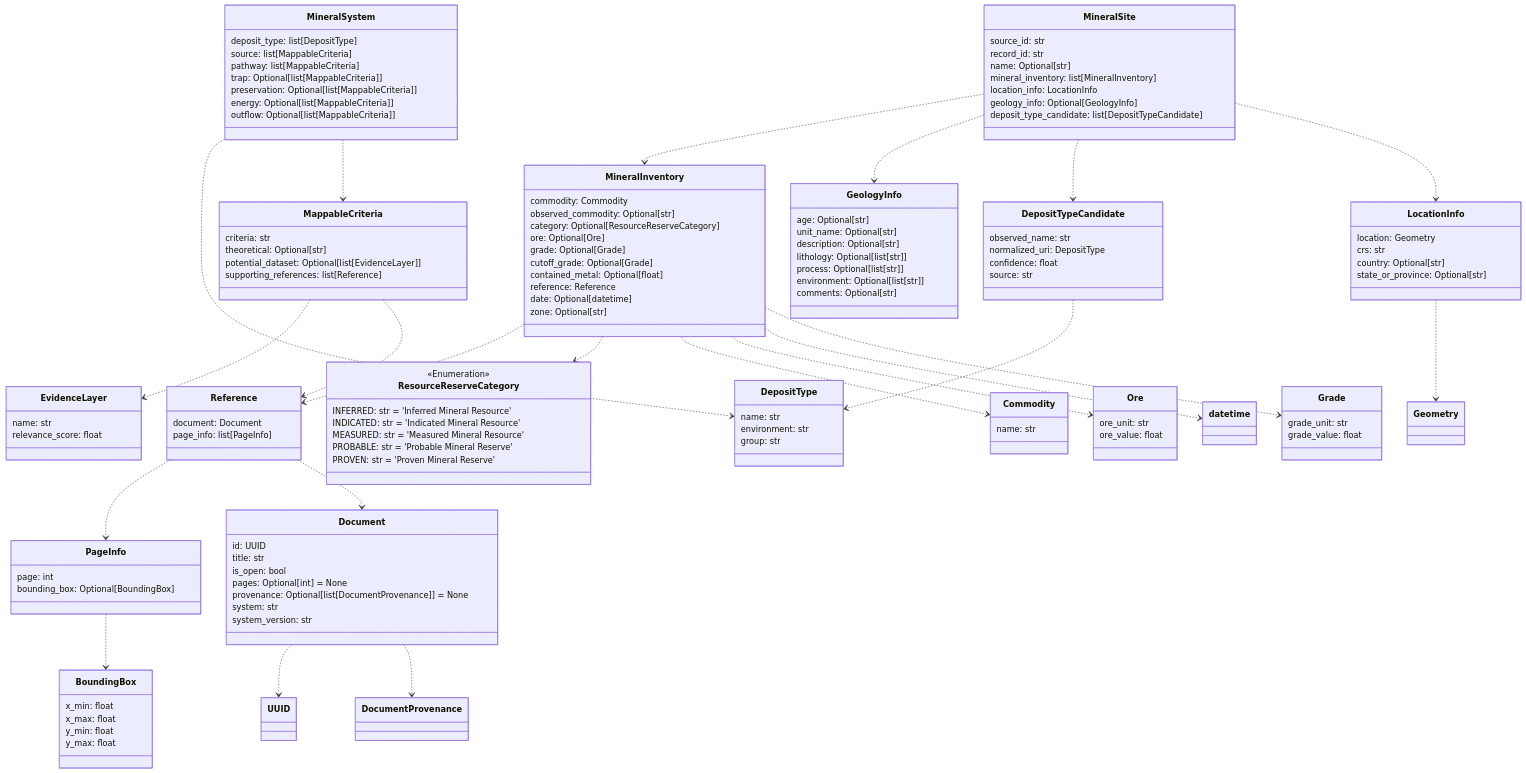
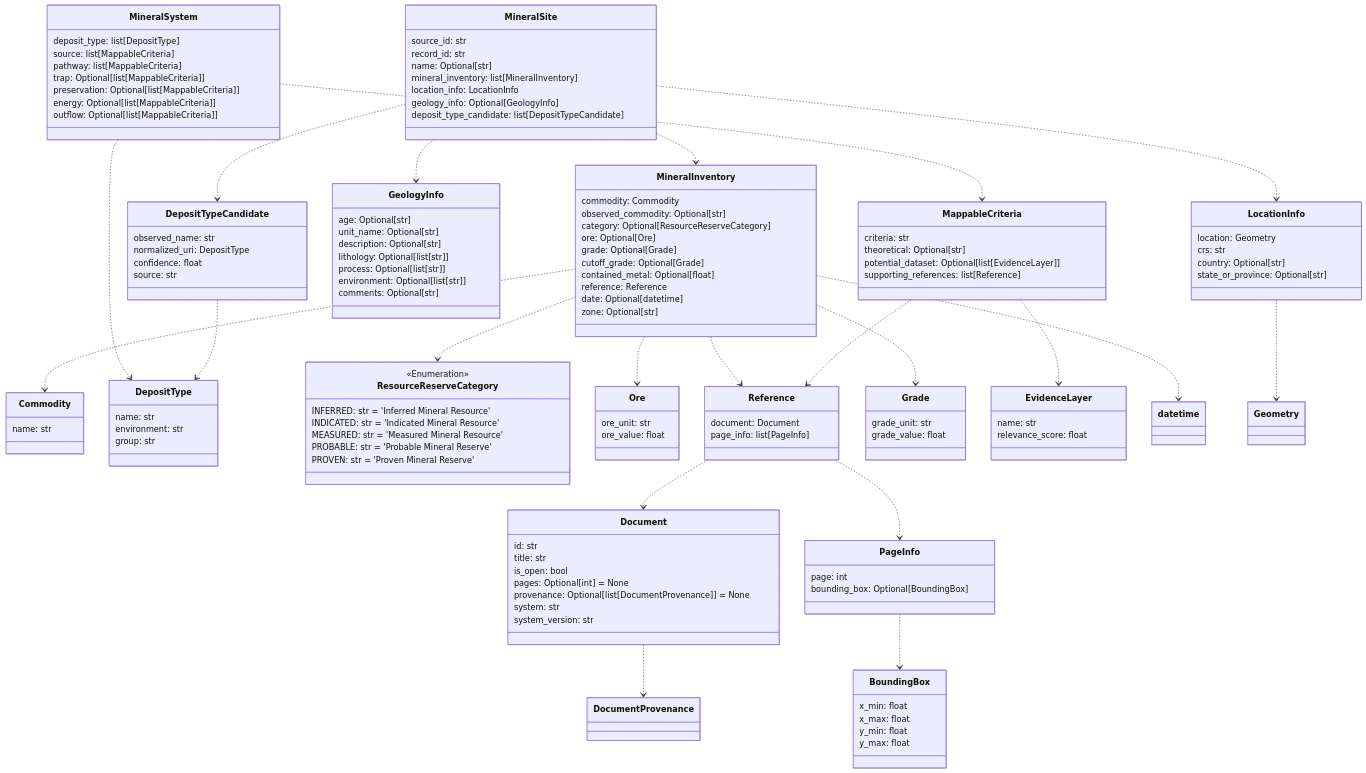
One commit to DARPA-CRITICALMAAS/cdr_schemas changed the ninth of 11 diagrams in README.md. Above: the diagram before and after it, drawn with Mermaid. The commit also changed other lines of this file and 3 other files, not shown here.

````diff
--- a/README.md
+++ b/README.md
@@ -611,26 +608,14 @@
 ```mermaid
 classDiagram
 
-    class MineralSystem {
-        deposit_type: list[DepositType]
-        source: list[MappableCriteria]
-        pathway: list[MappableCriteria]
-        trap: Optional[list[MappableCriteria]]
-        preservation: Optional[list[MappableCriteria]]
-        energy: Optional[list[MappableCriteria]]
-        outflow: Optional[list[MappableCriteria]]
-    }
-
-    class Ore {
-        ore_unit: str
-        ore_value: float
-    }
-
-    class MappableCriteria {
-        criteria: str
-        theoretical: Optional[str]
-        potential_dataset: Optional[list[EvidenceLayer]]
-        supporting_references: list[Reference]
+    class MineralSite {
+        source_id: str
+        record_id: str
+        name: Optional[str]
+        mineral_inventory: list[MineralInventory]
+        location_info: LocationInfo
+        geology_info: Optional[GeologyInfo]
+        deposit_type_candidate: list[DepositTypeCandidate]
     }
 
     class LocationInfo {
@@ -640,28 +625,8 @@
         state_or_province: Optional[str]
     }
 
-    class EvidenceLayer {
-        name: str
-        relevance_score: float
-    }
-
-    class Reference {
-        document: Document
-        page_info: list[PageInfo]
-    }
-
     class Commodity {
         name: str
-    }
-
-    class Document {
-        id: UUID
-        title: str
-        is_open: bool
-        pages: Optional[int] = None
-        provenance: Optional[list[DocumentProvenance]] = None
-        system: str
-        system_version: str
     }
 
     class MineralInventory {
@@ -677,9 +642,15 @@
         zone: Optional[str]
     }
 
-    class Grade {
-        grade_unit: str
-        grade_value: float
+    class PageInfo {
+        page: int
+        bounding_box: Optional[BoundingBox]
+    }
+
+    class DepositType {
+        name: str
+        environment: str
+        group: str
     }
 
     class GeologyInfo {
@@ -692,27 +663,24 @@
         comments: Optional[str]
     }
 
-    class DepositType {
-        name: str
-        environment: str
-        group: str
+    class MineralSystem {
+        deposit_type: list[DepositType]
+        source: list[MappableCriteria]
+        pathway: list[MappableCriteria]
+        trap: Optional[list[MappableCriteria]]
+        preservation: Optional[list[MappableCriteria]]
+        energy: Optional[list[MappableCriteria]]
+        outflow: Optional[list[MappableCriteria]]
     }
 
-    class MineralSite {
-        source_id: str
-        record_id: str
-        name: Optional[str]
-        mineral_inventory: list[MineralInventory]
-        location_info: LocationInfo
-        geology_info: Optional[GeologyInfo]
-        deposit_type_candidate: list[DepositTypeCandidate]
-    }
-
-    class BoundingBox {
-        x_min: float
-        x_max: float
-        y_min: float
-        y_max: float
+    class Document {
+        id: str
+        title: str
+        is_open: bool
+        pages: Optional[int] = None
+        provenance: Optional[list[DocumentProvenance]] = None
+        system: str
+        system_version: str
     }
 
     class ResourceReserveCategory {
@@ -724,9 +692,11 @@
         PROVEN: str = 'Proven Mineral Reserve'
     }
 
-    class PageInfo {
-        page: int
-        bounding_box: Optional[BoundingBox]
+    class BoundingBox {
+        x_min: float
+        x_max: float
+        y_min: float
+        y_max: float
     }
 
     class DepositTypeCandidate {
@@ -736,27 +706,53 @@
         source: str
     }
 
-    Document ..> UUID
+    class MappableCriteria {
+        criteria: str
+        theoretical: Optional[str]
+        potential_dataset: Optional[list[EvidenceLayer]]
+        supporting_references: list[Reference]
+    }
+
+    class Ore {
+        ore_unit: str
+        ore_value: float
+    }
+
+    class Reference {
+        document: Document
+        page_info: list[PageInfo]
+    }
+
+    class Grade {
+        grade_unit: str
+        grade_value: float
+    }
+
+    class EvidenceLayer {
+        name: str
+        relevance_score: float
+    }
+
     Document ..> DocumentProvenance
     DepositTypeCandidate ..> DepositType
     PageInfo ..> BoundingBox
+    Reference ..> Document
     Reference ..> PageInfo
-    Reference ..> Document
     MappableCriteria ..> EvidenceLayer
     MappableCriteria ..> Reference
+    MineralSystem ..> MappableCriteria
     MineralSystem ..> DepositType
-    MineralSystem ..> MappableCriteria
+    MineralInventory ..> datetime
+    MineralInventory ..> Commodity
+    MineralInventory ..> ResourceReserveCategory
     MineralInventory ..> Reference
-    MineralInventory ..> ResourceReserveCategory
-    MineralInventory ..> Commodity
     MineralInventory ..> Ore
-    MineralInventory ..> datetime
     MineralInventory ..> Grade
     LocationInfo ..> Geometry
+    MineralSite ..> LocationInfo
+    MineralSite ..> DepositTypeCandidate
     MineralSite ..> MineralInventory
     MineralSite ..> GeologyInfo
-    MineralSite ..> DepositTypeCandidate
-    MineralSite ..> LocationInfo
 
 
 ```
````
